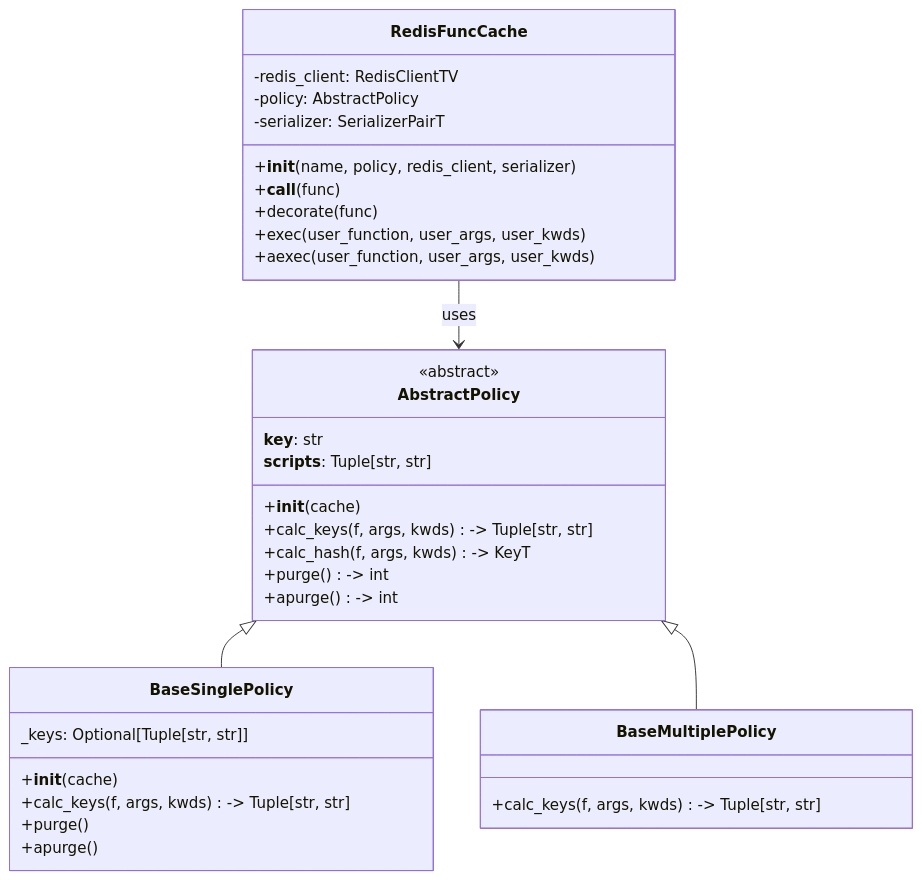
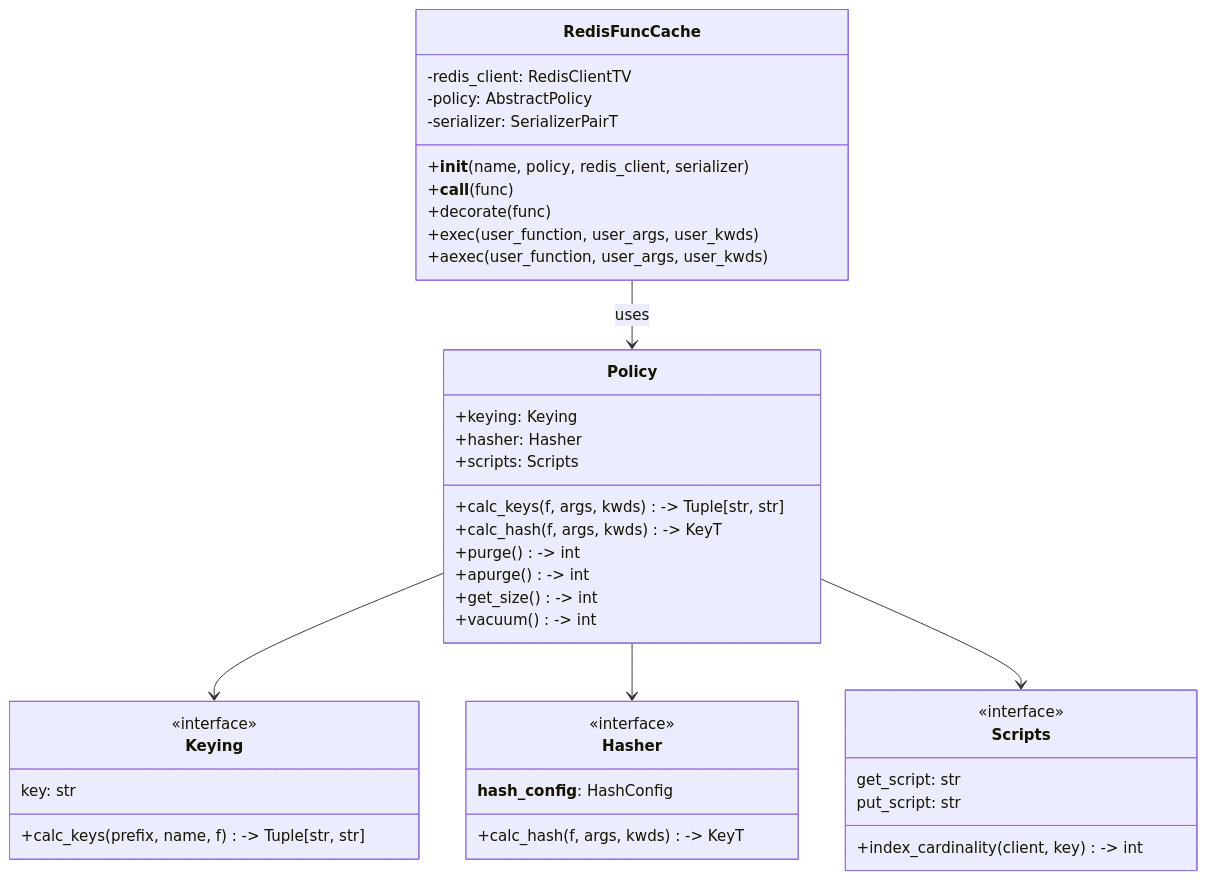
Before and after one commit to tanbro/redis_func_cache: the third of 7 diagrams in README.md, drawn with Mermaid. The commit also changed other lines of this file and 14 other files, not shown here.

First line of the commit message:
docs: composition architecture for v1.0

````diff
--- a/README.md
+++ b/README.md
@@ -438,40 +416,49 @@
 ```mermaid
 classDiagram
     class RedisFuncCache {
         -redis_client: RedisClientTV
         -policy: AbstractPolicy
         -serializer: SerializerPairT
         +__init__(name, policy, redis_client, serializer)
         +__call__(func)
         +decorate(func)
         +exec(user_function, user_args, user_kwds)
         +aexec(user_function, user_args, user_kwds)
     }
 
-    class AbstractPolicy {
-        <<abstract>>
-        __key__: str
-        __scripts__: Tuple[str, str]
-        +__init__(cache)
+    class Policy {
+        +keying: Keying
+        +hasher: Hasher
+        +scripts: Scripts
         +calc_keys(f, args, kwds) -> Tuple[str, str]
         +calc_hash(f, args, kwds) -> KeyT
         +purge() -> int
         +apurge() -> int
+        +get_size() -> int
+        +vacuum() -> int
     }
 
-    class BaseSinglePolicy {
-        _keys: Optional[Tuple[str, str]]
-        +__init__(cache)
-        +calc_keys(f, args, kwds) -> Tuple[str, str]
-        +purge()
-        +apurge()
+    class Keying {
+        <<interface>>
+        key: str
+        +calc_keys(prefix, name, f) -> Tuple[str, str]
     }
 
-    class BaseMultiplePolicy {
-        +calc_keys(f, args, kwds) -> Tuple[str, str]
+    class Hasher {
+        <<interface>>
+        __hash_config__: HashConfig
+        +calc_hash(f, args, kwds) -> KeyT
     }
 
-    RedisFuncCache --> AbstractPolicy : uses
-    AbstractPolicy <|-- BaseSinglePolicy
-    AbstractPolicy <|-- BaseMultiplePolicy
+    class Scripts {
+        <<interface>>
+        get_script: str
+        put_script: str
+        +index_cardinality(client, key) -> int
+    }
+
+    RedisFuncCache --> Policy : uses
+    Policy --> Keying
+    Policy --> Hasher
+    Policy --> Scripts
 ```
````
